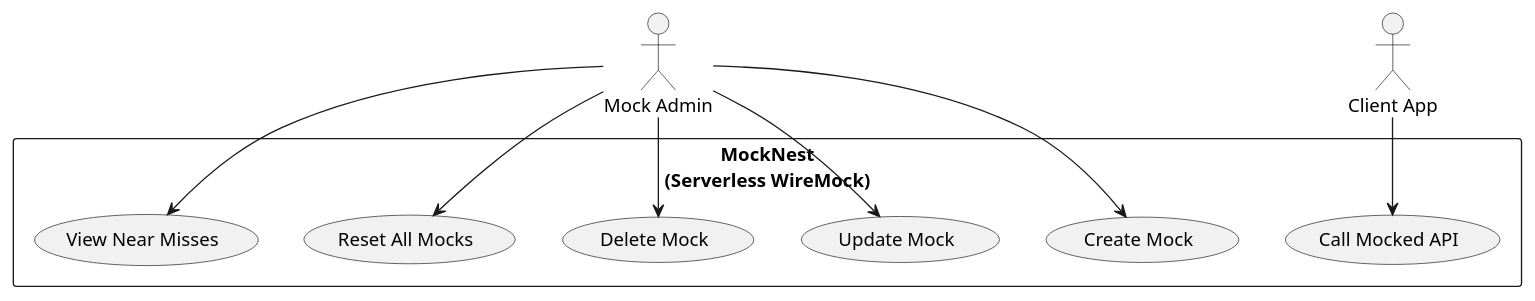
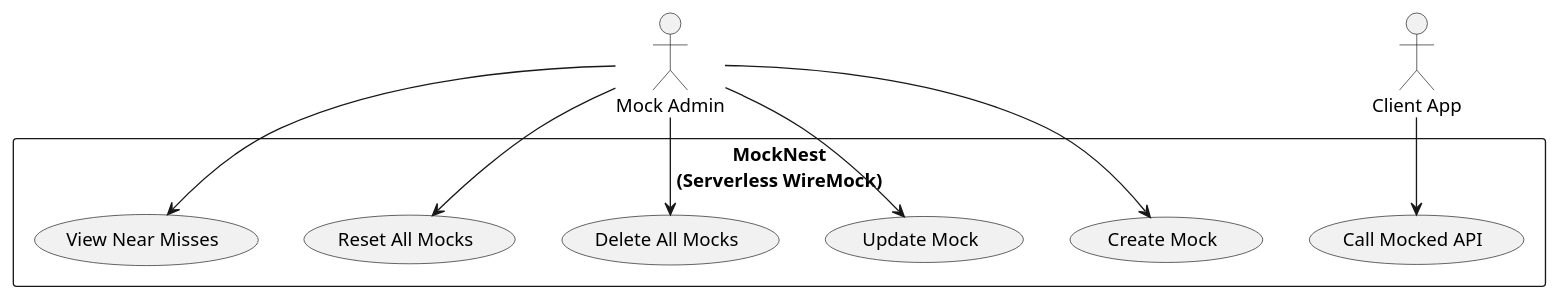
Before and after one commit to elenavanengelenmaslova/mocknest-wiremock-on-faas: the diagram in README.md, drawn with PlantUML. The commit also changed other lines of this file and 1 other file, not shown here.

Commit message:
update use cases

````diff
--- a/README.md
+++ b/README.md
@@ -7,28 +7,28 @@
 ```plantuml
 
 @startuml
 
 actor "Mock Admin" as Admin
 actor "Client App" as Client
 
 rectangle "MockNest\n(Serverless WireMock)" {
   (Create Mock) as Create
   (Update Mock) as Update
-  (Delete Mock) as Delete
+  (Delete All Mocks) as Delete
   (Reset All Mocks) as Reset
   (View Near Misses) as NearMisses
   (Call Mocked API) as Call
 }
 
 Admin --> Create
 Admin --> Update
 Admin --> Delete
 Admin --> Reset
 Admin --> NearMisses
 
 Client --> Call
 @enduml
 
 
 
 ```
````
